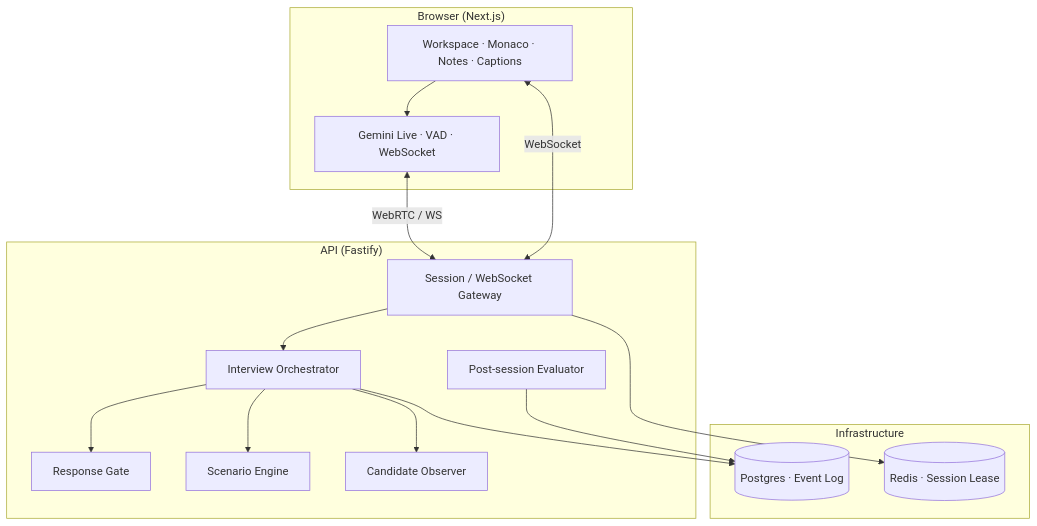
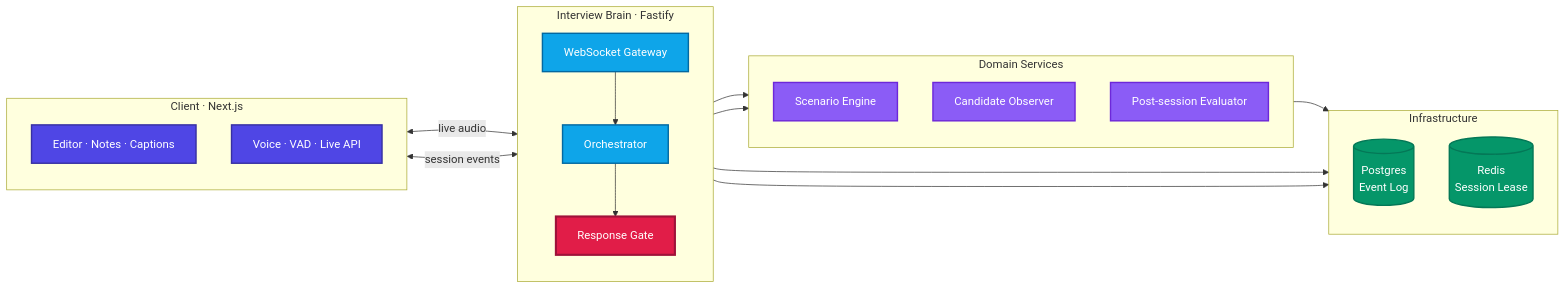
Before and after one commit to ATMmonitor667/Master_Leeter: the diagram in README.md, drawn with Mermaid.

Commit message:
docs: restyle README architecture diagram with color-coded layers
Use a left-to-right flow with distinct colors for client, brain, gate,
services, and infrastructure so the diagram reads at a glance.

````diff
--- a/README.md
+++ b/README.md
@@ -45,32 +45,49 @@
 ```mermaid
-flowchart TB
-  subgraph Browser["Browser (Next.js)"]
-    UI["Workspace · Monaco · Notes · Captions"]
-    Voice["Gemini Live · VAD · WebSocket"]
-    UI --> Voice
+flowchart LR
+  subgraph Browser["Client · Next.js"]
+    direction TB
+    UI["Editor · Notes · Captions"]
+    Voice["Voice · VAD · Live API"]
   end
 
-  subgraph API["API (Fastify)"]
-    GW["Session / WebSocket Gateway"]
-    ORCH["Interview Orchestrator"]
+  subgraph Brain["Interview Brain · Fastify"]
+    direction TB
+    GW["WebSocket Gateway"]
+    ORCH["Orchestrator"]
     GATE["Response Gate"]
+    GW --> ORCH --> GATE
+  end
+
+  subgraph Services["Domain Services"]
+    direction TB
     SCEN["Scenario Engine"]
     OBS["Candidate Observer"]
     EVAL["Post-session Evaluator"]
-    GW --> ORCH
-    ORCH --> GATE
-    ORCH --> SCEN
-    ORCH --> OBS
   end
 
-  subgraph Store["Infrastructure"]
-    PG[(Postgres · Event Log)]
-    RD[(Redis · Session Lease)]
+  subgraph Infra["Infrastructure"]
+    direction TB
+    PG[("Postgres<br/>Event Log")]
+    RD[("Redis<br/>Session Lease")]
   end
 
-  Voice <-->|WebRTC / WS| GW
-  UI <-->|WebSocket| GW
+  Voice <-->|live audio| GW
+  UI <-->|session events| GW
+  ORCH --> SCEN
+  ORCH --> OBS
   ORCH --> PG
+  EVAL --> PG
   GW --> RD
-  EVAL --> PG
+
+  classDef client fill:#4f46e5,stroke:#3730a3,color:#fff,stroke-width:2px
+  classDef brain fill:#0ea5e9,stroke:#0369a1,color:#fff,stroke-width:2px
+  classDef gate fill:#e11d48,stroke:#9f1239,color:#fff,stroke-width:3px
+  classDef svc fill:#8b5cf6,stroke:#6d28d9,color:#fff,stroke-width:2px
+  classDef infra fill:#059669,stroke:#047857,color:#fff,stroke-width:2px
+
+  class UI,Voice client
+  class GW,ORCH brain
+  class GATE gate
+  class SCEN,OBS,EVAL svc
+  class PG,RD infra
 ```
````
